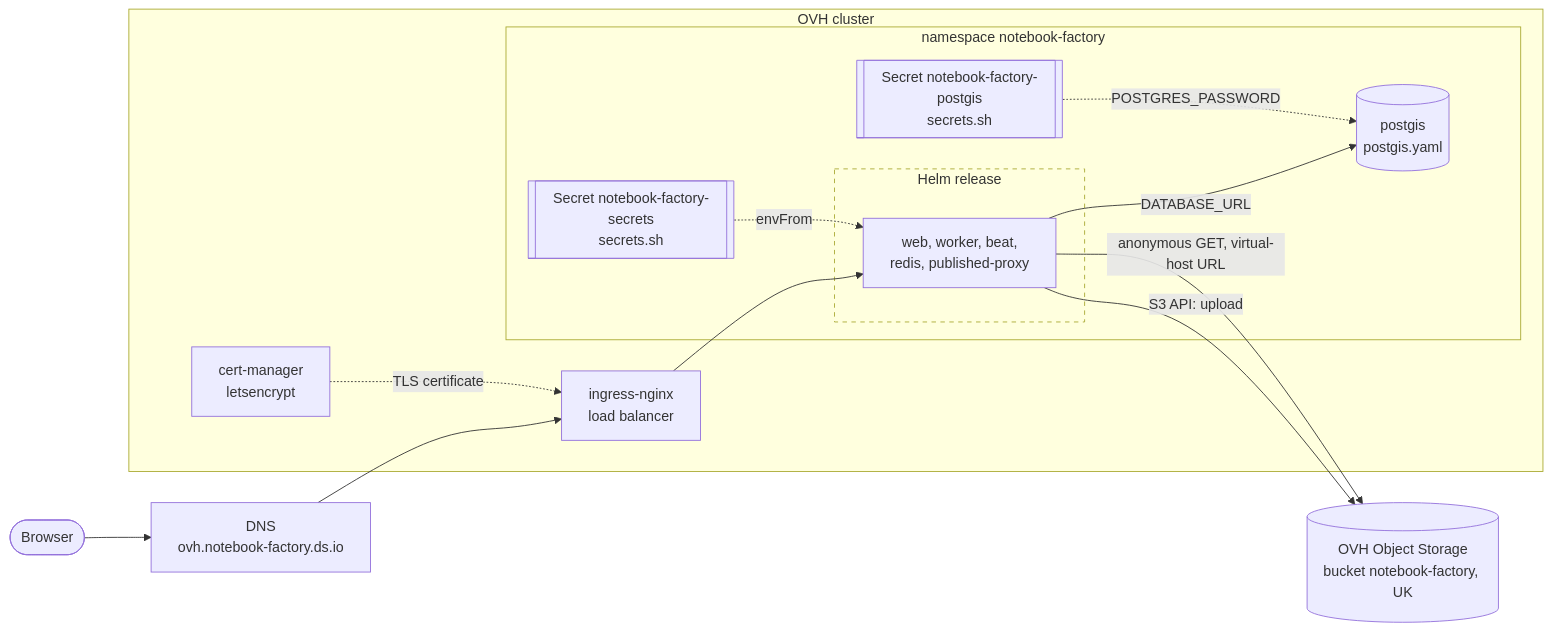
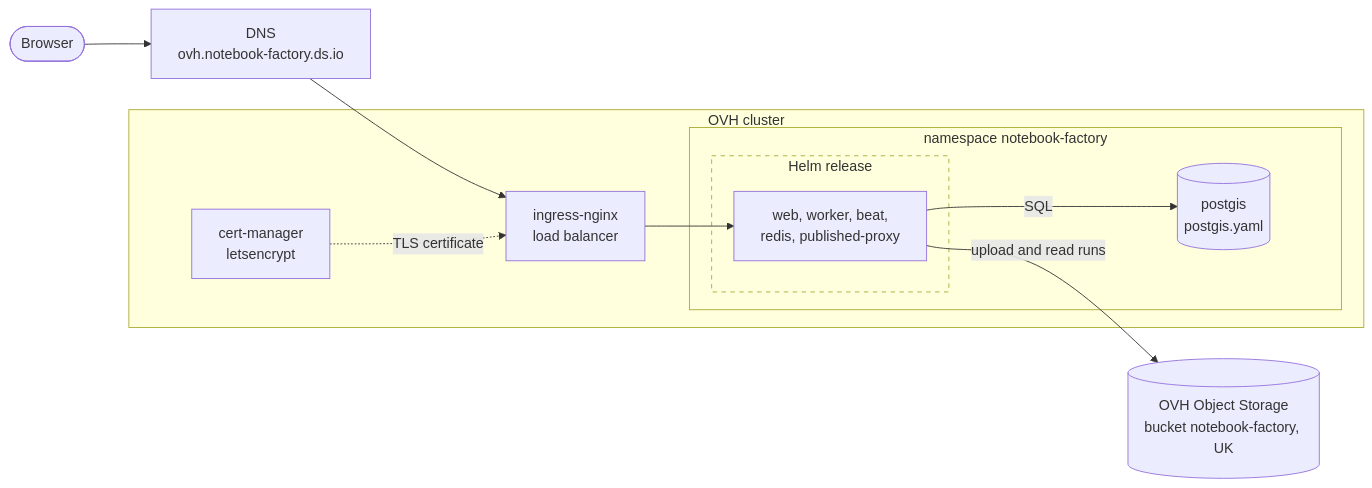
One commit to developmentseed/notebook-factory changed the diagram in deploy/ovh/README.md. Above: the diagram before and after it, drawn with Mermaid. The commit also changed 1 other file, not shown here.

Commit message:
Keep the architecture diagrams high level
Drop Secrets, Key Vault and envFrom edges from both diagrams.

````diff
--- a/deploy/ovh/README.md
+++ b/deploy/ovh/README.md
@@ -15,31 +15,26 @@
 ```mermaid
 flowchart LR
   user([Browser])
   dns[DNS<br/>ovh.notebook-factory.ds.io]
 
   subgraph cluster["OVH cluster"]
     nginx[ingress-nginx<br/>load balancer]
     cm[cert-manager<br/>letsencrypt]
 
     subgraph ns["namespace notebook-factory"]
       subgraph chart["Helm release"]
         app[web, worker, beat,<br/>redis, published-proxy]
       end
       pg[(postgis<br/>postgis.yaml)]
-      s1[[Secret notebook-factory-secrets<br/>secrets.sh]]
-      s2[[Secret notebook-factory-postgis<br/>secrets.sh]]
     end
   end
 
   bucket[(OVH Object Storage<br/>bucket notebook-factory, UK)]
 
   user --> dns --> nginx --> app
   cm -. "TLS certificate" .-> nginx
-  app -- "DATABASE_URL" --> pg
-  app -- "S3 API: upload" --> bucket
-  app -- "anonymous GET, virtual-host URL" --> bucket
-  s1 -. envFrom .-> app
-  s2 -. "POSTGRES_PASSWORD" .-> pg
+  app -- "SQL" --> pg
+  app -- "upload and read runs" --> bucket
 
   style chart stroke-dasharray: 5 5
 ```
````
